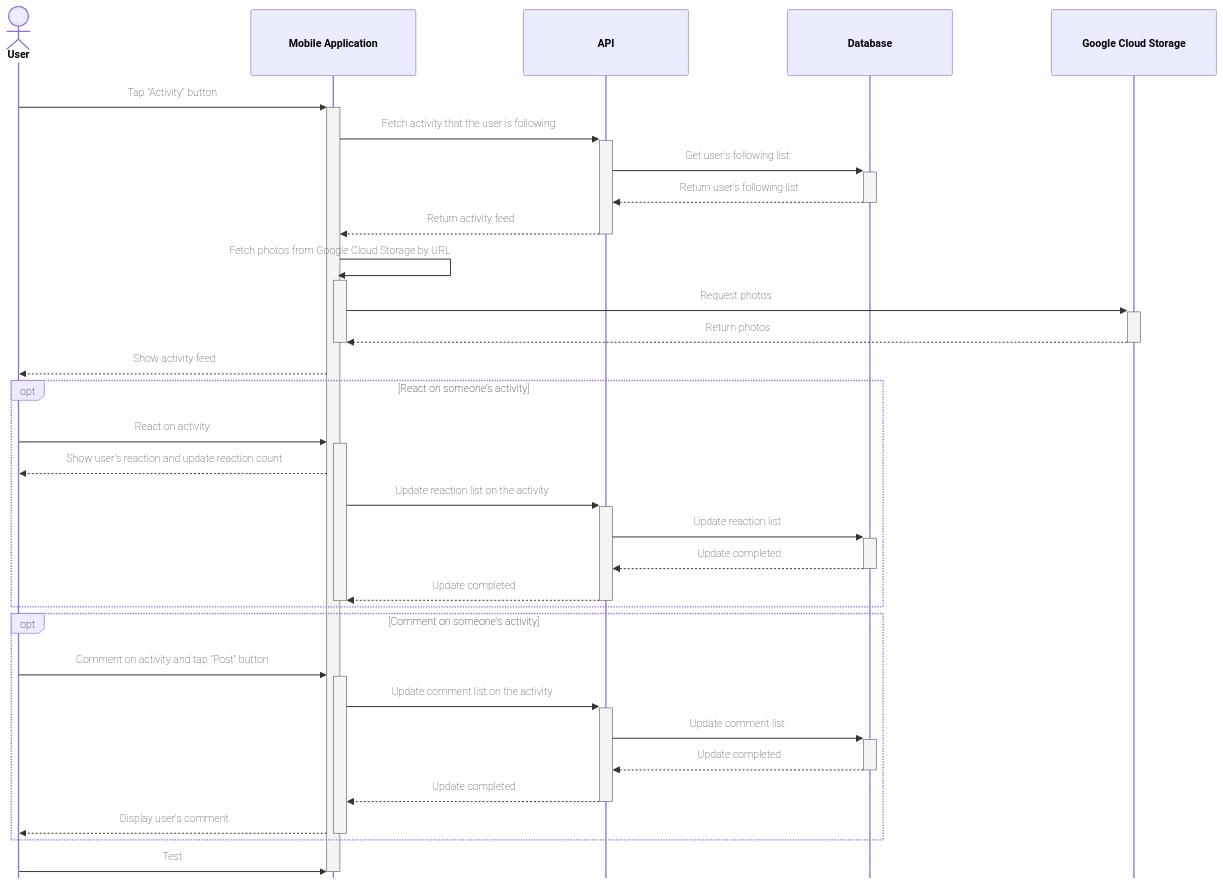
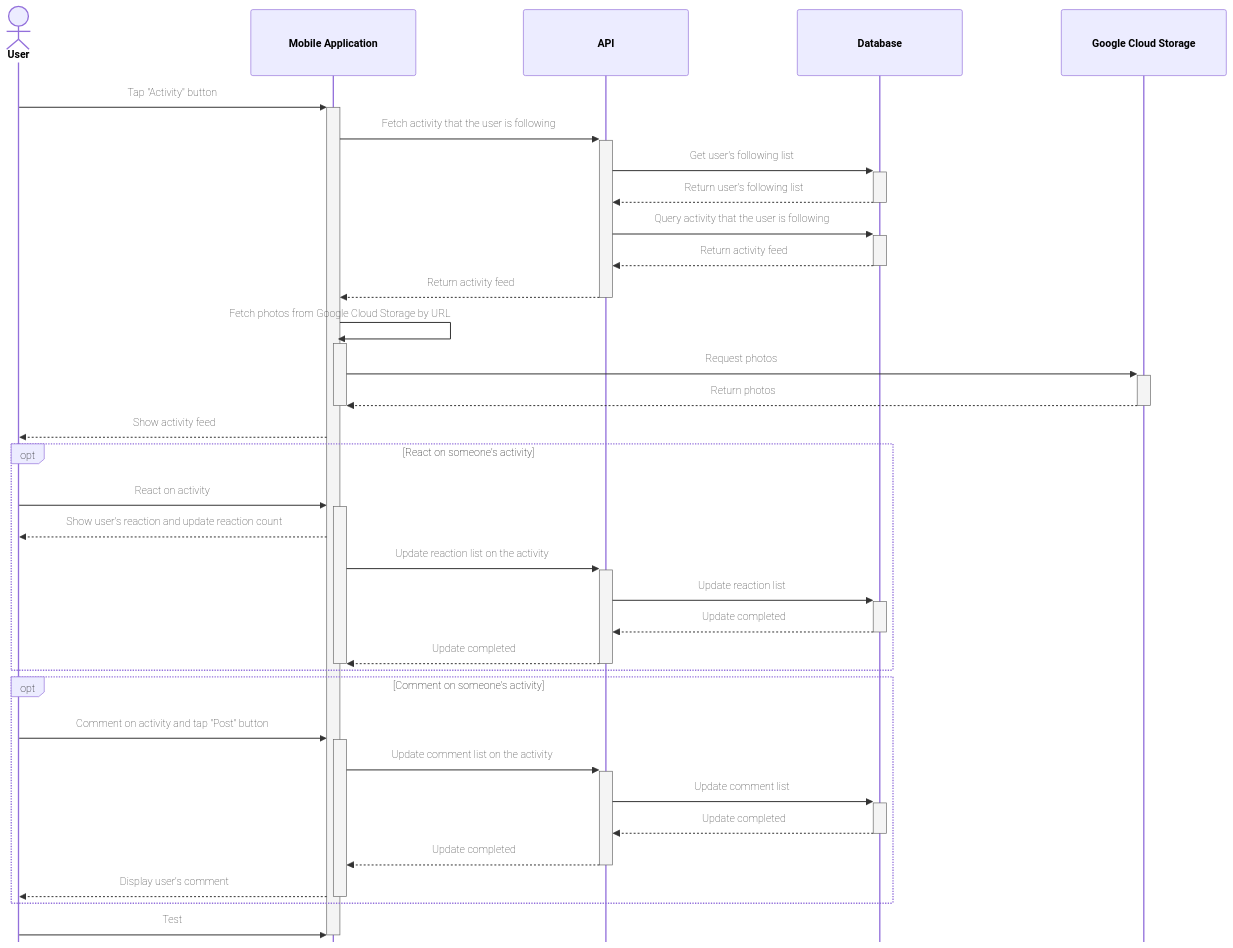
One commit to fitness-coaching-app/system-diagrams changed the diagram in diagrams/sequence/Activity.md. Above: the diagram before and after it, drawn with Mermaid.

Commit message:
[FCA-89 Sequence] Add activity feed algorithm

````diff
--- a/diagrams/sequence/Activity.md
+++ b/diagrams/sequence/Activity.md
@@ -1,76 +1,76 @@
 ```mermaid
 %%{init: {
     "fontFamily": "Helvetica",
     "sequence": {
             "mirrorActors": false,
 
             "actorFontFamily": "Helvetica",
             "actorFontSize": 18,
             "actorFontWeight": "bold",
             "actorMargin": 150,
 
             "messageFontFamily": "Helvetica",
             "messageFontWeight": 200,
             "messageFontSize": 14,
             
             "activationWidth": 20,
             
             "width": 250,
             "height": 100,
 
             "rightAngles": true,
 
             "labelBoxWidth": 50,
             "labelBoxHeight": 30,
             "wrapPadding": 0
         }
     }
 }%%
 sequenceDiagram
     actor User
     participant App as Mobile Application
     participant API
     participant DB as Database
     participant GCS as Google Cloud Storage
 
     User->>+App: Tap "Activity" button
     App->>+API: Fetch activity that the user is following
     API->>+DB: Get user's following list
     DB-->>-API: Return user's following list
-
-    %% TODO: Think about activity feed compiliation algorithm
+    API->>+DB: Query activity that the user is following
+    DB-->>-API: Return activity feed
     
     API-->>-App: Return activity feed
     App->>+App: Fetch photos from Google Cloud Storage by URL
     App->>+GCS: Request photos
     GCS-->>-App: Return photos
     deactivate App
-    
+
     App-->>User: Show activity feed
 
     opt React on someone's activity
         User->>+App: React on activity
         App-->>User: Show user's reaction and update reaction count
         App->>+API: Update reaction list on the activity
         API->>+DB: Update reaction list
         DB-->>-API: Update completed
         API-->>-App: Update completed
         deactivate App
     end
 
     opt Comment on someone's activity
         User->>+App: Comment on activity and tap "Post" button
         App->>+API: Update comment list on the activity
         API->>+DB: Update comment list
         DB-->>-API: Update completed
         API-->>-App: Update completed
         App-->>User: Display user's comment
         deactivate App
     end
 
     User->>App: Test
 
     deactivate App
     
 
 ```
````
